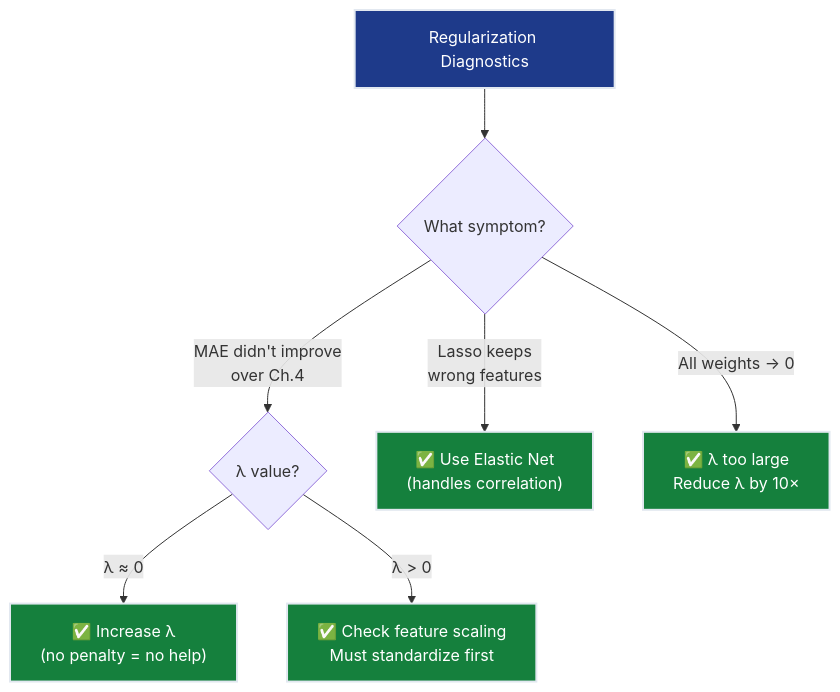
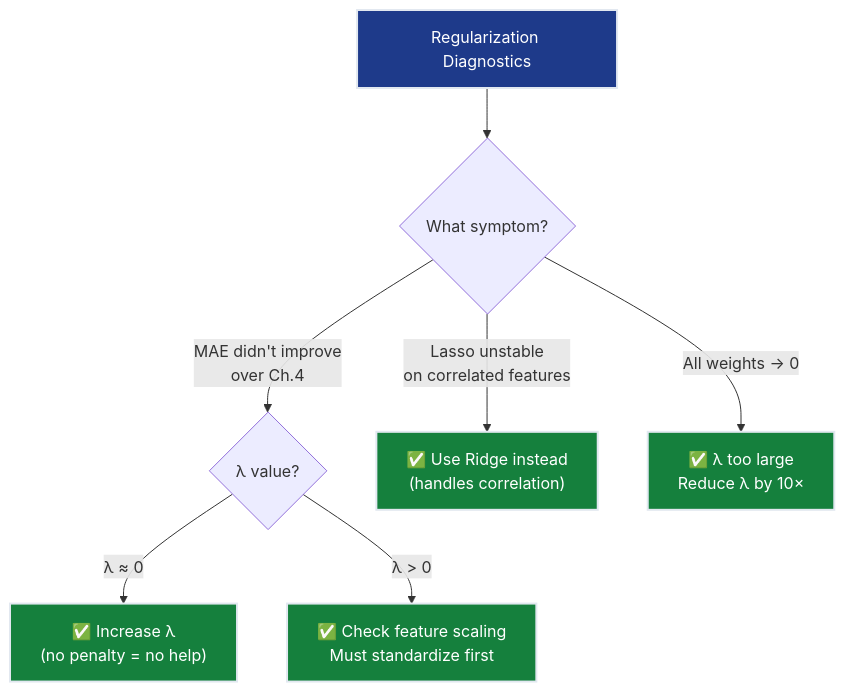
Before and after one commit to deepakshamsft/ai-portfolio: the fourth of 5 diagrams in notes/ML/01_regression/ch05_regularization/README.md, drawn with Mermaid. The commit also changed other lines of this file and 7 other files, not shown here.

````diff
--- a/notes/ML/01_regression/ch05_regularization/README.md
+++ b/notes/ML/01_regression/ch05_regularization/README.md
@@ -777,17 +525,17 @@
 ```mermaid
 flowchart TD
     DIAG["Regularization Diagnostics"] --> Q{"What symptom?"}
     
     Q -->|"MAE didn't improve<br/>over Ch.4"| Q1{"λ value?"}
-    Q -->|"Lasso keeps<br/>wrong features"| FIX2["✅ Use Elastic Net<br/>(handles correlation)"]
+    Q -->|"Lasso unstable<br/>on correlated features"| FIX2["✅ Use Ridge instead<br/>(handles correlation)"]
     Q -->|"All weights → 0"| FIX3["✅ λ too large<br/>Reduce λ by 10×"]
     
     Q1 -->|"λ ≈ 0"| FIX4["✅ Increase λ<br/>(no penalty = no help)"]
     Q1 -->|"λ > 0"| FIX5["✅ Check feature scaling<br/>Must standardize first"]
     
     style DIAG fill:#1e3a8a,stroke:#e2e8f0,stroke-width:2px,color:#ffffff
     style FIX2 fill:#15803d,stroke:#e2e8f0,stroke-width:2px,color:#ffffff
     style FIX3 fill:#15803d,stroke:#e2e8f0,stroke-width:2px,color:#ffffff
     style FIX4 fill:#15803d,stroke:#e2e8f0,stroke-width:2px,color:#ffffff
     style FIX5 fill:#15803d,stroke:#e2e8f0,stroke-width:2px,color:#ffffff
 ```
````
